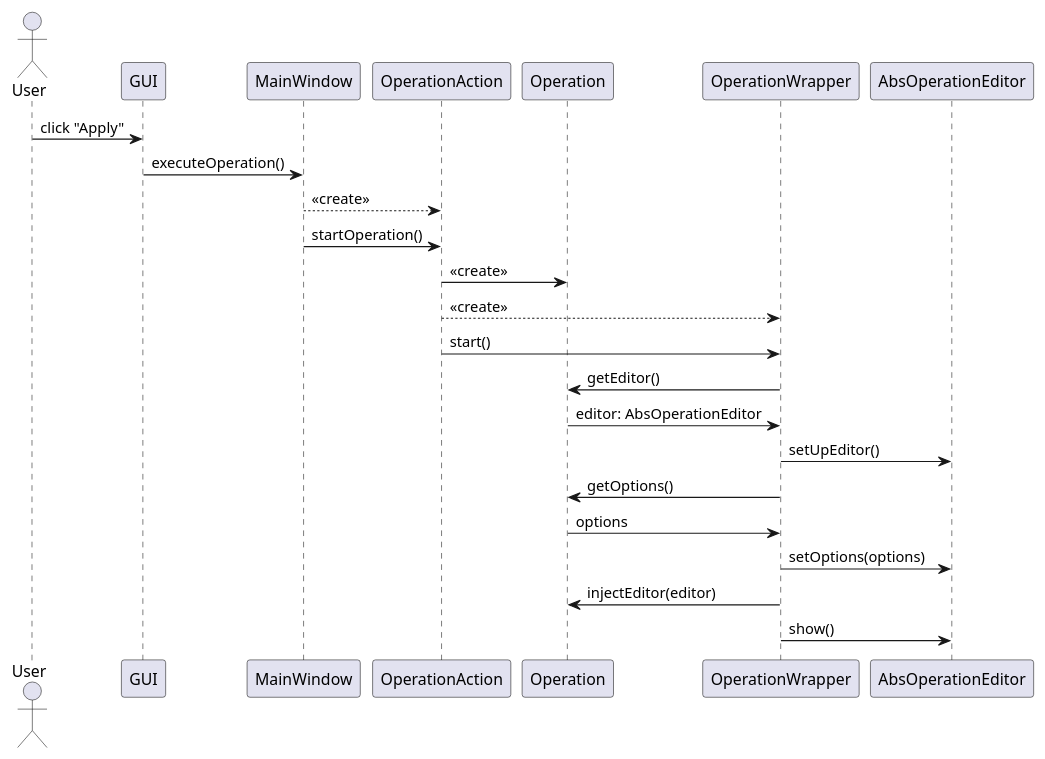
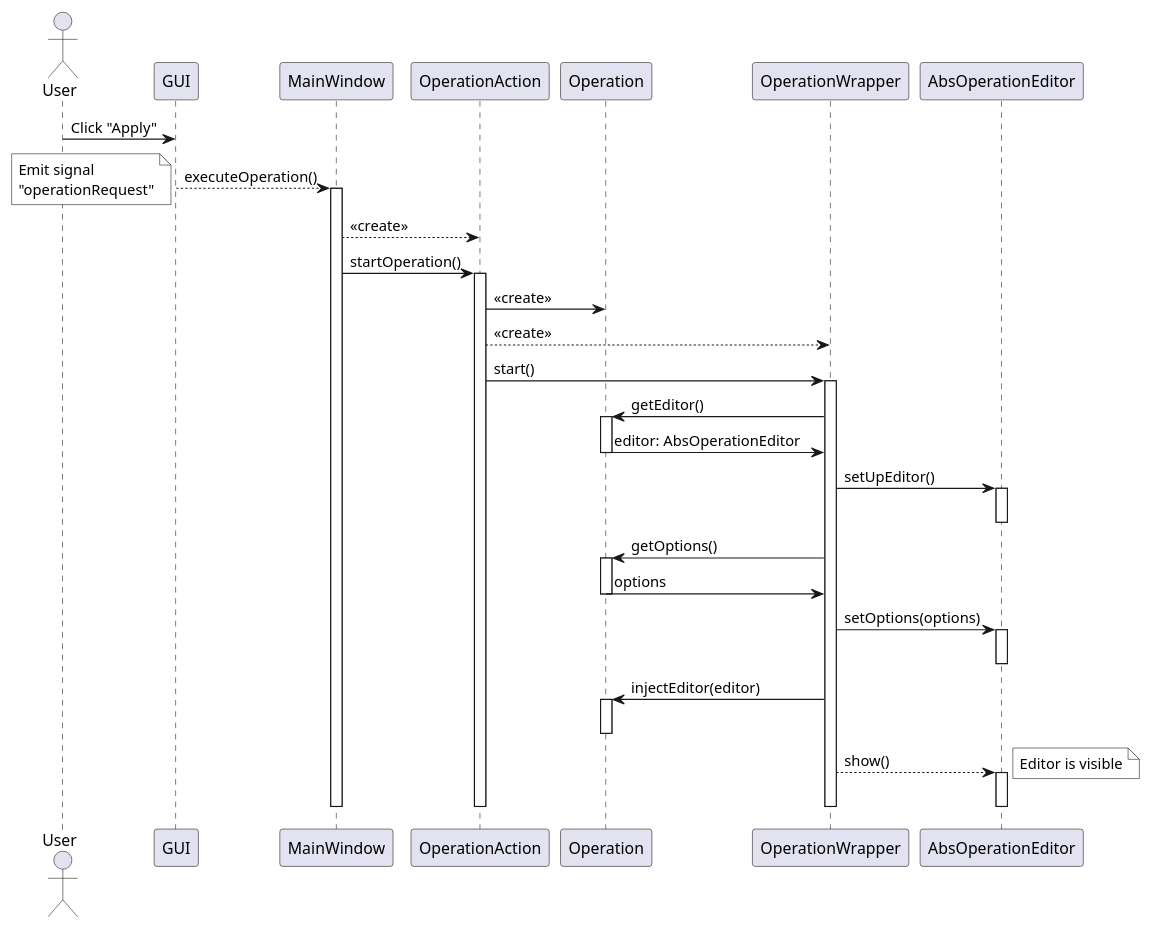
One commit to alezanga/dataMole changed the sixth of 7 diagrams in uml/controller.puml. Above: the diagram before and after it, drawn with PlantUML. The commit also changed other lines of this file and 172 other files, not shown here.

```diff
--- a/uml/controller.puml
+++ b/uml/controller.puml
@@ -96,22 +184,45 @@
 @startuml actionwrapper_apply
 
 actor User
 
-User -> GUI: click "Apply"
-GUI -> MainWindow: executeOperation()
+User -> GUI: Click "Apply"
+GUI --> MainWindow: executeOperation()
+note left #White
+Emit signal
+"operationRequest"
+endnote
+activate MainWindow
 MainWindow --> OperationAction: <<create>>
 MainWindow -> OperationAction: startOperation()
+activate OperationAction
 OperationAction -> Operation: <<create>>
 OperationAction --> OperationWrapper: <<create>>
 OperationAction -> OperationWrapper: start()
+activate OperationWrapper
 
 OperationWrapper -> Operation: getEditor()
+activate Operation
 OperationWrapper <- Operation: editor: AbsOperationEditor
+deactivate Operation
 OperationWrapper -> AbsOperationEditor: setUpEditor()
+activate AbsOperationEditor
+deactivate AbsOperationEditor
 OperationWrapper -> Operation: getOptions()
+activate Operation
 OperationWrapper <- Operation: options
+deactivate Operation
 OperationWrapper -> AbsOperationEditor: setOptions(options)
+activate AbsOperationEditor
+deactivate AbsOperationEditor
 OperationWrapper -> Operation: injectEditor(editor)
-OperationWrapper -> AbsOperationEditor: show()
+activate Operation
+deactivate Operation
+OperationWrapper --> AbsOperationEditor: show()
+note right #White: Editor is visible
+activate AbsOperationEditor
+deactivate OperationWrapper
+deactivate OperationAction
+deactivate MainWindow
+deactivate AbsOperationEditor
 
 @enduml
```
